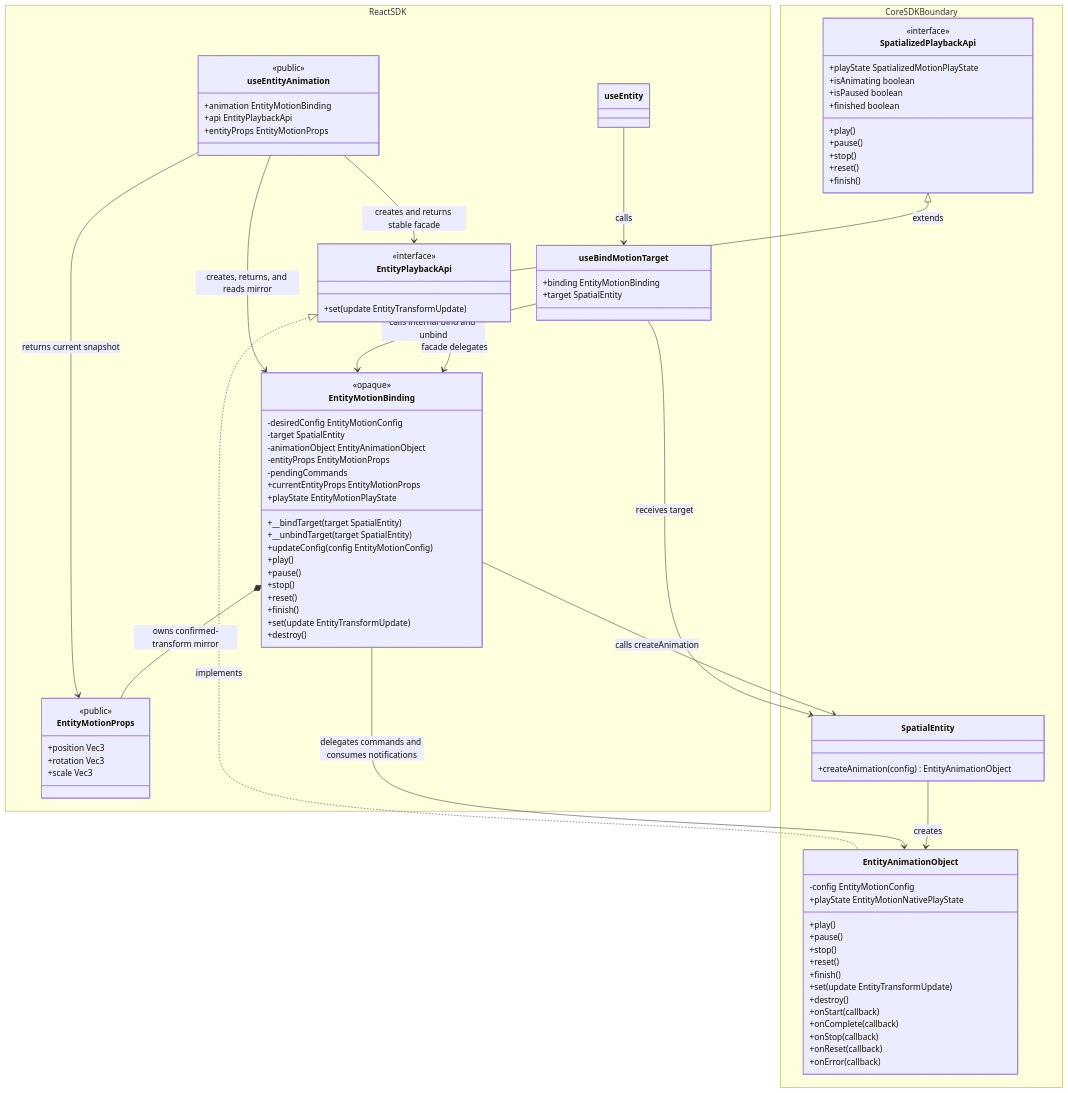
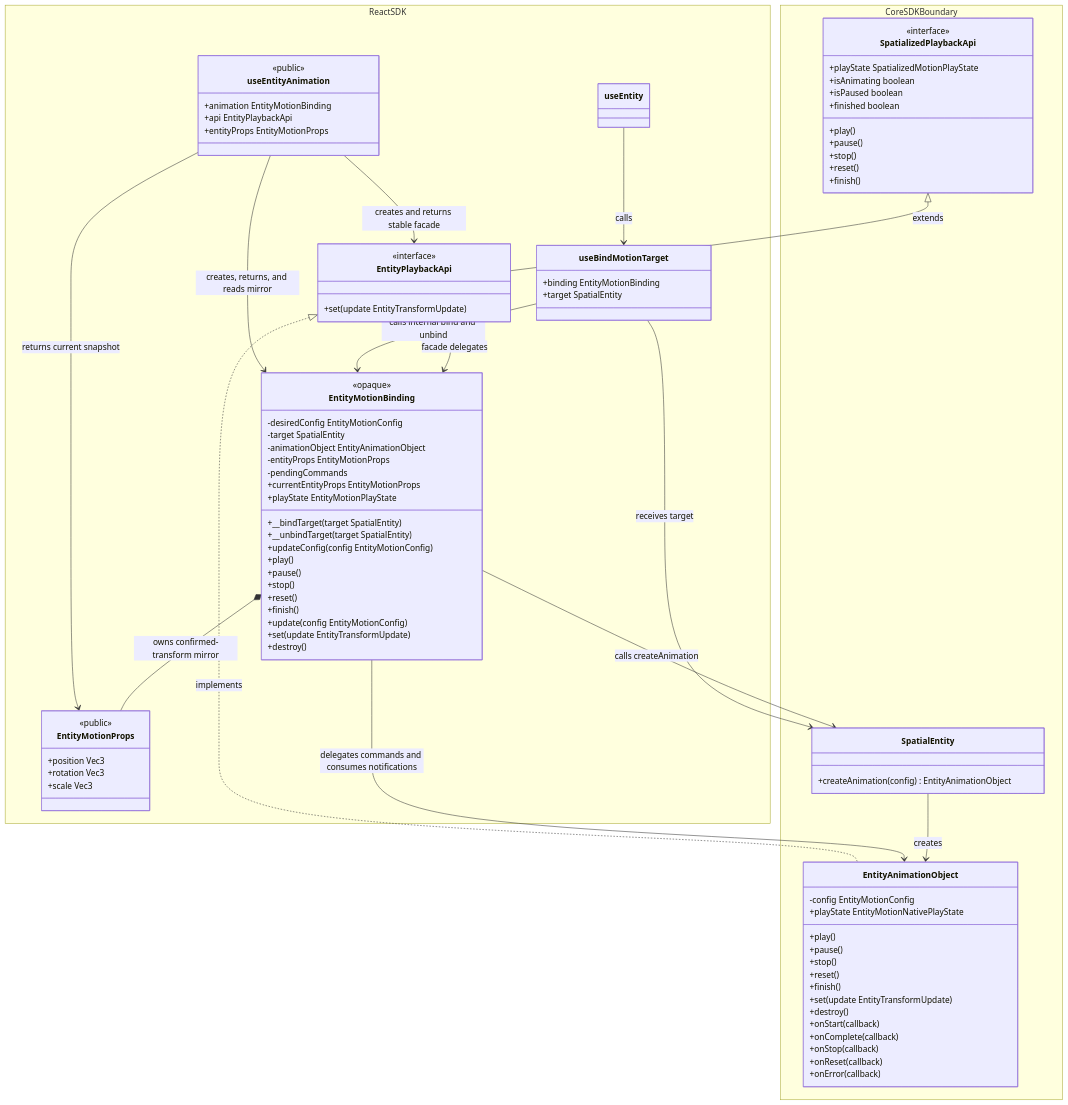
One commit to webspatial/webspatial-sdk changed the fifth of 14 diagrams in openspec/changes/redesign-entity-motion-api/design.md. Above: the diagram before and after it, drawn with Mermaid. The commit also changed other lines of this file and 7 other files, not shown here.

```diff
--- a/openspec/changes/redesign-entity-motion-api/design.md
+++ b/openspec/changes/redesign-entity-motion-api/design.md
@@ -489,6 +507,7 @@
             +stop()
             +reset()
             +finish()
+            +update(config EntityMotionConfig)
             +set(update EntityTransformUpdate)
             +destroy()
         }
```
